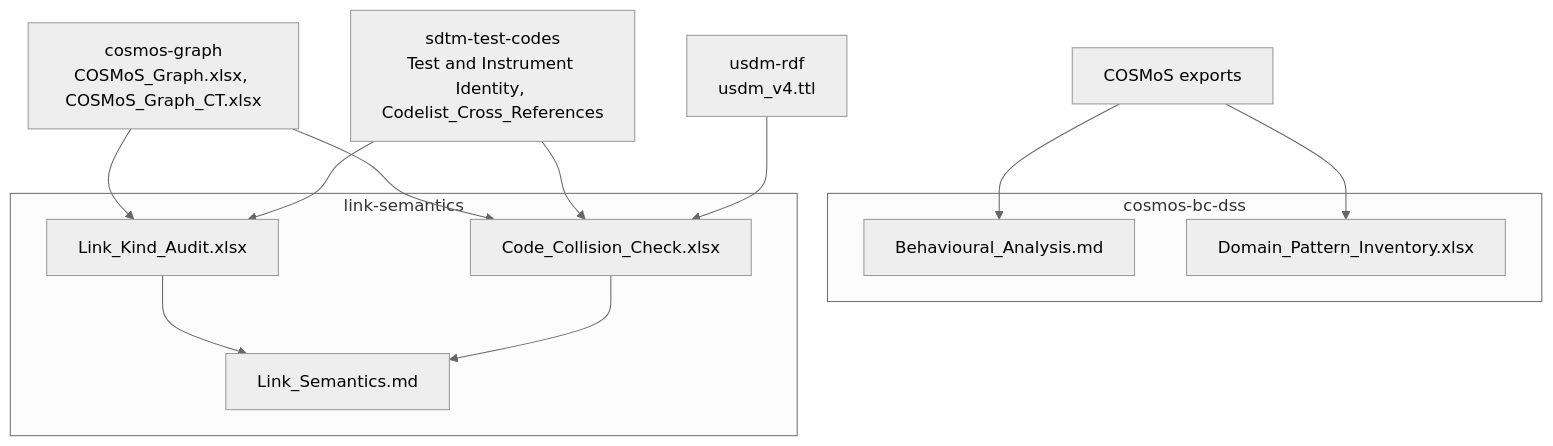
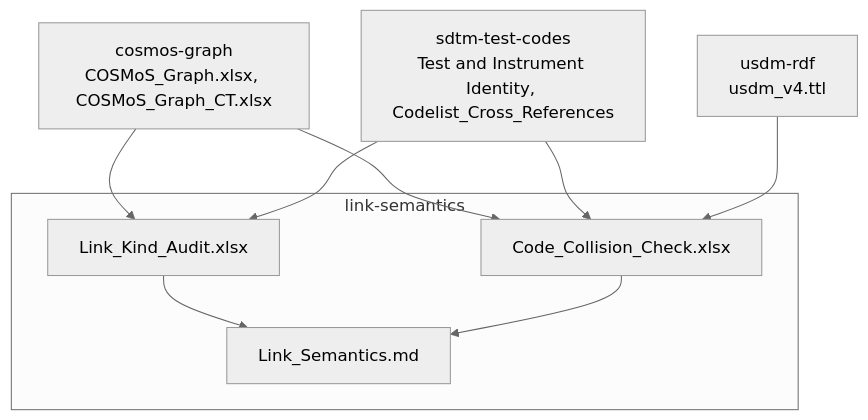
The second of 2 diagrams in docs/Data_Flow.md (kerfors/cdisc-for-ai), drawn with Mermaid (neutral theme) before and after one commit. The commit also changed other lines of this file and 46 other files, not shown here.

First line of the commit message:
Read classifications from CT, scope from domain reference, archive March analysis

````diff
--- a/docs/Data_Flow.md
+++ b/docs/Data_Flow.md
@@ -64,30 +64,21 @@
 ```mermaid
 graph TD
-    COS["COSMoS exports"]
     CGX["cosmos-graph<br/>COSMoS_Graph.xlsx, COSMoS_Graph_CT.xlsx"]
     STC["sdtm-test-codes<br/>Test and Instrument Identity, Codelist_Cross_References"]
     USDM["usdm-rdf<br/>usdm_v4.ttl"]
-
-    subgraph cosmos-bc-dss
-        BA["Behavioural_Analysis.md"]
-        DPI["Domain_Pattern_Inventory.xlsx"]
-    end
 
     subgraph link-semantics
         LKA["Link_Kind_Audit.xlsx"]
         CCC["Code_Collision_Check.xlsx"]
         LS["Link_Semantics.md"]
     end
-
-    COS --> BA
-    COS --> DPI
 
     CGX --> LKA
     STC --> LKA
     CGX --> CCC
     STC --> CCC
     USDM --> CCC
 
     LKA --> LS
     CCC --> LS
 ```
````
